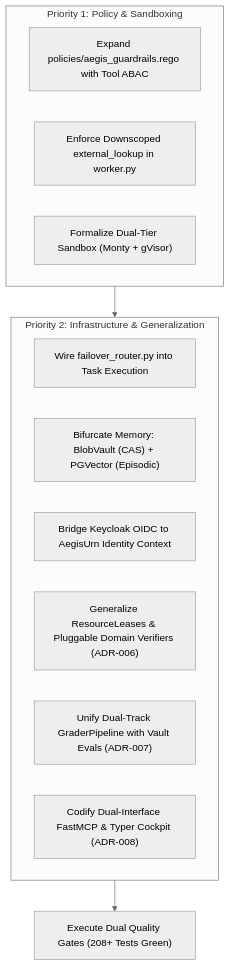
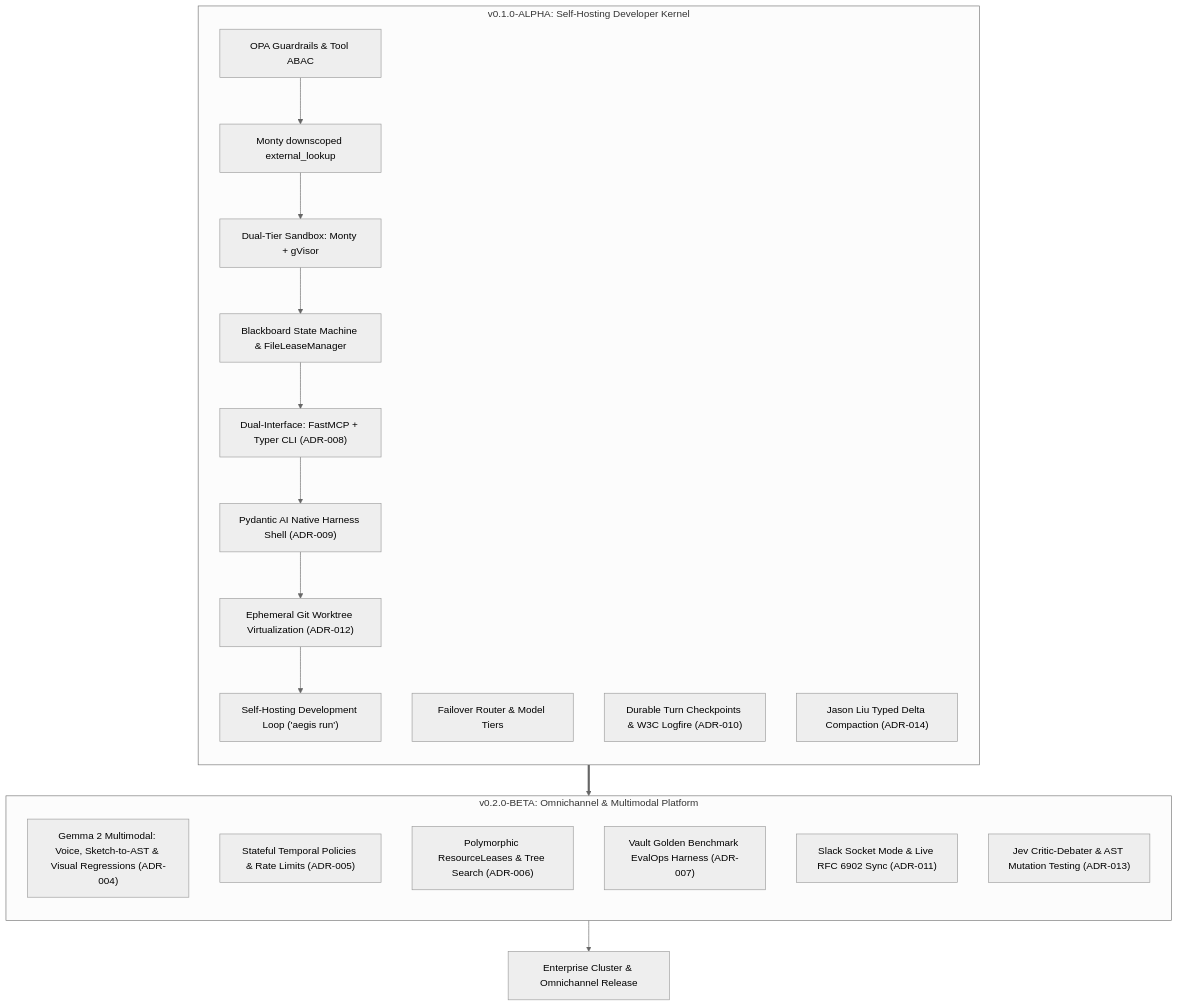
The diagram in architecture/review_v0-0-1-alpha.md (markdavidmc0/aegis-mcp), drawn with Mermaid (neutral theme) before and after one commit. The commit also changed other lines of this file and 9 other files, not shown here.

Commit message:
docs(architecture): ratify ADR-009 through ADR-014 and formalize alpha-beta boundaries

````diff
--- a/architecture/review_v0-0-1-alpha.md
+++ b/architecture/review_v0-0-1-alpha.md
@@ -131,20 +185,30 @@
 ```mermaid
 flowchart TD
-    subgraph P1 ["Priority 1: Policy & Sandboxing"]
-        R1["Expand policies/aegis_guardrails.rego with Tool ABAC"]
-        R2["Enforce Downscoped external_lookup in worker.py"]
-        R3["Formalize Dual-Tier Sandbox (Monty + gVisor)"]
+    subgraph Alpha ["v0.1.0-ALPHA: Self-Hosting Developer Kernel"]
+        direction TB
+        R1["OPA Guardrails & Tool ABAC"]
+        R2["Monty downscoped external_lookup"]
+        R3["Dual-Tier Sandbox: Monty + gVisor"]
+        R4["Failover Router & Model Tiers"]
+        R5["Blackboard State Machine & FileLeaseManager"]
+        R9["Dual-Interface: FastMCP + Typer CLI (ADR-008)"]
+        R10["Pydantic AI Native Harness Shell (ADR-009)"]
+        R11["Durable Turn Checkpoints & W3C Logfire (ADR-010)"]
+        R13["Ephemeral Git Worktree Virtualization (ADR-012)"]
+        R15["Jason Liu Typed Delta Compaction (ADR-014)"]
+        R1 --> R2 --> R3 --> R5 --> R9 --> R10 --> R13 --> DOGFOOD["Self-Hosting Development Loop ('aegis run')"]
     end
 
-    subgraph P2 ["Priority 2: Infrastructure & Generalization"]
-        R4["Wire failover_router.py into Task Execution"]
-        R5["Bifurcate Memory: BlobVault (CAS) + PGVector (Episodic)"]
-        R6["Bridge Keycloak OIDC to AegisUrn Identity Context"]
-        R7["Generalize ResourceLeases & Pluggable Domain Verifiers (ADR-006)"]
-        R8["Unify Dual-Track GraderPipeline with Vault Evals (ADR-007)"]
-        R9["Codify Dual-Interface FastMCP & Typer Cockpit (ADR-008)"]
+    subgraph Beta ["v0.2.0-BETA: Omnichannel & Multimodal Platform"]
+        direction TB
+        R_MULTI["Gemma 2 Multimodal: Voice, Sketch-to-AST & Visual Regressions (ADR-004)"]
+        R_TEMP["Stateful Temporal Policies & Rate Limits (ADR-005)"]
+        R7["Polymorphic ResourceLeases & Tree Search (ADR-006)"]
+        R8["Vault Golden Benchmark EvalOps Harness (ADR-007)"]
+        R12["Slack Socket Mode & Live RFC 6902 Sync (ADR-011)"]
+        R14["Jev Critic-Debater & AST Mutation Testing (ADR-013)"]
     end
 
-    P1 --> P2
-    P2 --> VERIFY["Execute Dual Quality Gates (208+ Tests Green)"]
+    Alpha ==> Beta
+    Beta --> VERIFY["Enterprise Cluster & Omnichannel Release"]
 ```
````
